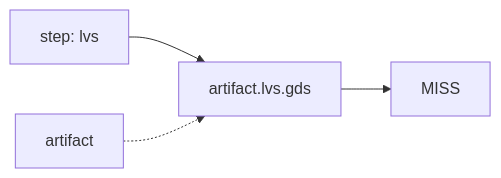
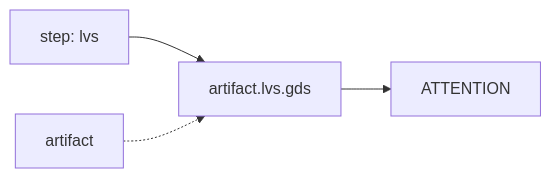
One commit to openecos-projects/ecc changed diagram 24 of 56 in .github/signoff-board/signoff-kanban.md. Above: the diagram before and after it, drawn with Mermaid. The commit also changed other lines of this file and 1 other file, not shown here.

````diff
--- a/.github/signoff-board/signoff-kanban.md
+++ b/.github/signoff-board/signoff-kanban.md
@@ -561,6 +571,6 @@
 ```mermaid
 flowchart LR
   step_artifact_lvs_gds["step: lvs"] --> metric_artifact_lvs_gds["artifact.lvs.gds"]
-  metric_artifact_lvs_gds --> state_artifact_lvs_gds["MISS"]
+  metric_artifact_lvs_gds --> state_artifact_lvs_gds["ATTENTION"]
   cat_artifact_lvs_gds["artifact"] -.-> metric_artifact_lvs_gds
 ```
````
